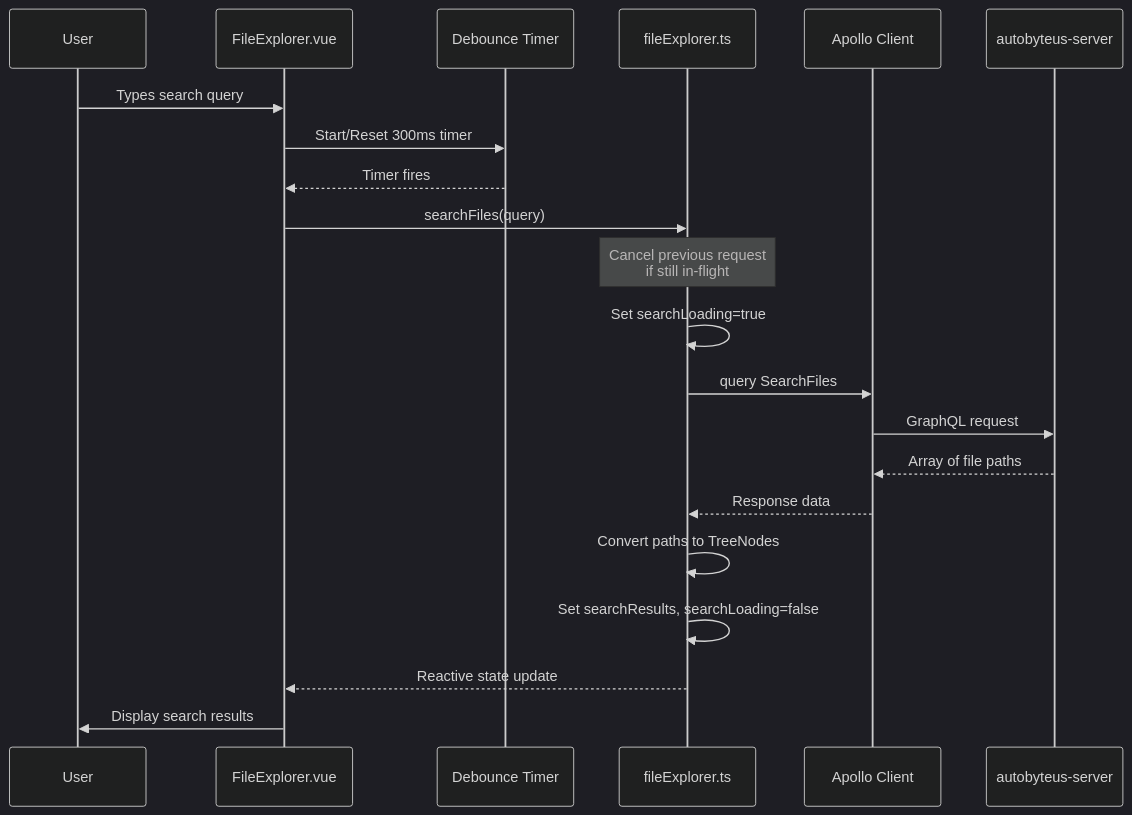
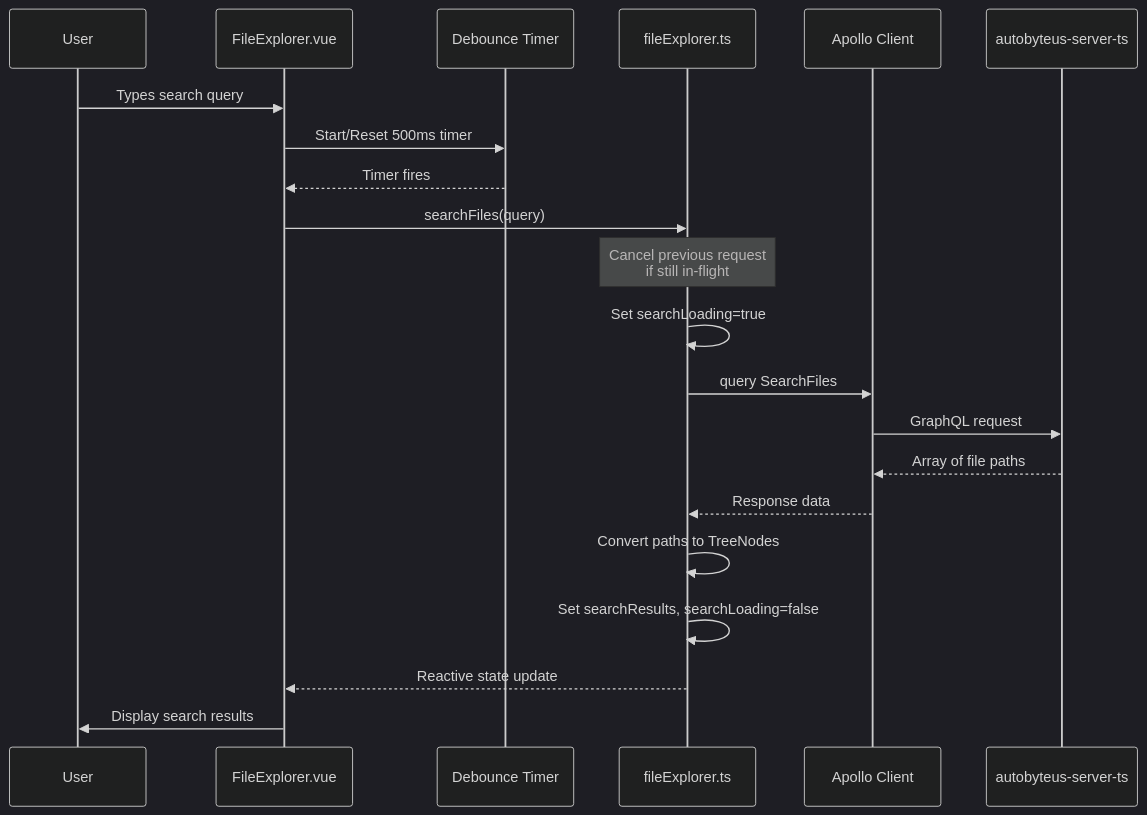
Before and after one commit to AutoByteus/autobyteus-workspace: the second of 3 diagrams in autobyteus-web/docs/file_explorer.md, drawn with Mermaid (dark theme). The commit also changed other lines of this file and 20 other files, not shown here.

````diff
--- a/autobyteus-web/docs/file_explorer.md
+++ b/autobyteus-web/docs/file_explorer.md
@@ -292,25 +296,25 @@
 ```mermaid
 sequenceDiagram
     participant User
     participant FileExplorer as FileExplorer.vue
     participant Timer as Debounce Timer
     participant Store as fileExplorer.ts
     participant GraphQL as Apollo Client
-    participant Backend as autobyteus-server
+    participant Backend as autobyteus-server-ts
 
     User->>FileExplorer: Types search query
-    FileExplorer->>Timer: Start/Reset 300ms timer
+    FileExplorer->>Timer: Start/Reset 500ms timer
     Timer-->>FileExplorer: Timer fires
     FileExplorer->>Store: searchFiles(query)
 
     Note over Store: Cancel previous request<br/>if still in-flight
     Store->>Store: Set searchLoading=true
     Store->>GraphQL: query SearchFiles
     GraphQL->>Backend: GraphQL request
     Backend-->>GraphQL: Array of file paths
     GraphQL-->>Store: Response data
     Store->>Store: Convert paths to TreeNodes
     Store->>Store: Set searchResults, searchLoading=false
     Store-->>FileExplorer: Reactive state update
     FileExplorer->>User: Display search results
 ```
````
